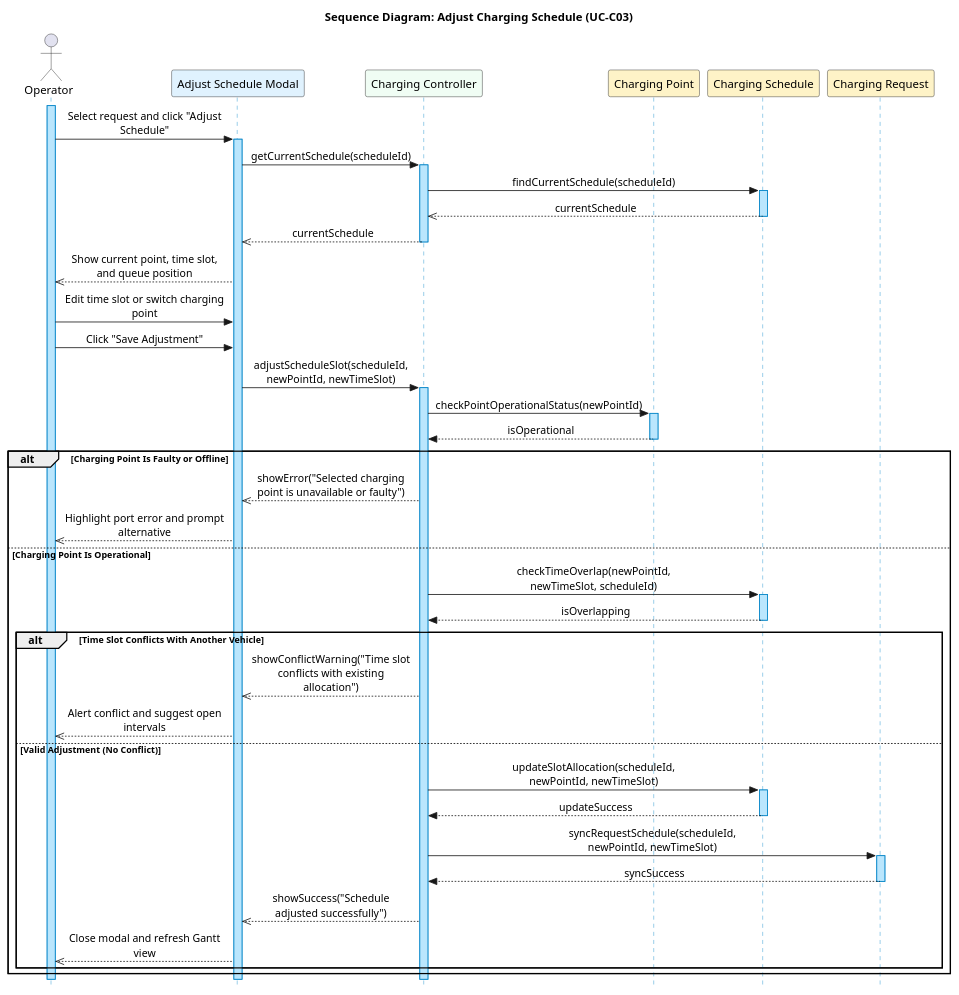
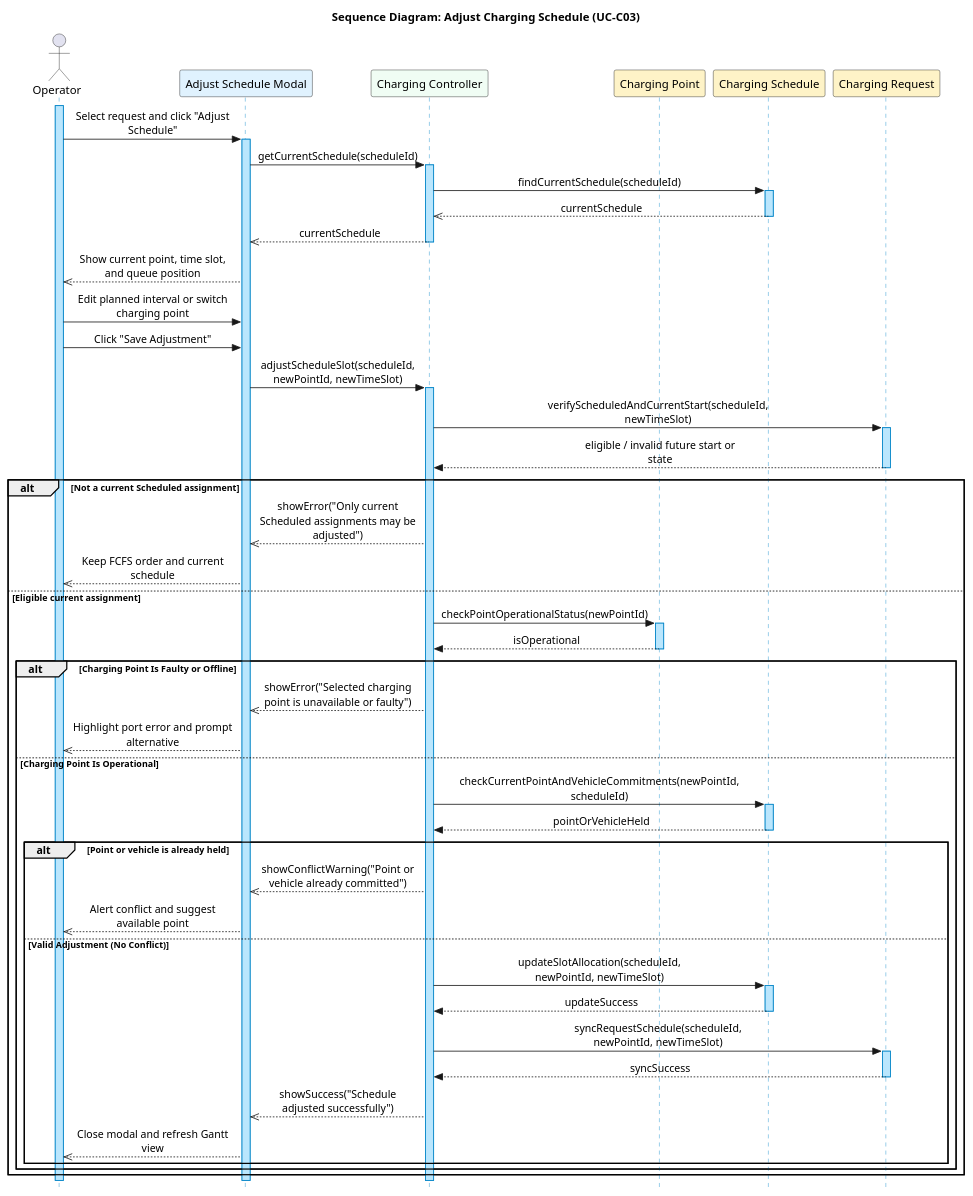
One commit to thanhpham1108/smart-e-mobility-hub changed the diagram in docs/submission-2/sequence-diagrams/smart-charging/SD_AdjustChargingSchedule.puml. Above: the diagram before and after it, drawn with PlantUML. The commit also changed 42 other files, not shown here.

First line of the commit message:
docs(submission-2): synchronize FCFS waitlist diagrams

```diff
--- a/docs/submission-2/sequence-diagrams/smart-charging/SD_AdjustChargingSchedule.puml
+++ b/docs/submission-2/sequence-diagrams/smart-charging/SD_AdjustChargingSchedule.puml
@@ -1,75 +1,86 @@
 @startuml SD_AdjustChargingSchedule
 skinparam style strictuml
 skinparam sequenceMessageAlign center
 skinparam boxPadding 10
 skinparam maxMessageSize 200
 
 skinparam sequenceLifeLineBorderColor #0284C7
 skinparam sequenceLifeLineBackgroundColor #BAE6FD
 
 title Sequence Diagram: Adjust Charging Schedule (UC-C03)
 
 actor "Operator" as Op
 participant "Adjust Schedule Modal" as UI #E0F2FE
 participant "Charging Controller" as Ctrl #F0FDF4
 participant "Charging Point" as Point #FEF3C7
 participant "Charging Schedule" as Sched #FEF3C7
 participant "Charging Request" as Req #FEF3C7
 
 activate Op
 Op -> UI : Select request and click "Adjust Schedule"
 activate UI
 
 UI -> Ctrl : getCurrentSchedule(scheduleId)
 activate Ctrl
 Ctrl -> Sched : findCurrentSchedule(scheduleId)
 activate Sched
 Sched -->> Ctrl : currentSchedule
 deactivate Sched
 Ctrl -->> UI : currentSchedule
 deactivate Ctrl
 UI -->> Op : Show current point, time slot, and queue position
 
-Op -> UI : Edit time slot or switch charging point
+Op -> UI : Edit planned interval or switch charging point
 Op -> UI : Click "Save Adjustment"
 
 UI -> Ctrl : adjustScheduleSlot(scheduleId, newPointId, newTimeSlot)
 activate Ctrl
+
+Ctrl -> Req : verifyScheduledAndCurrentStart(scheduleId, newTimeSlot)
+activate Req
+Req --> Ctrl : eligible / invalid future start or state
+deactivate Req
+
+alt Not a current Scheduled assignment
+    Ctrl -->> UI : showError("Only current Scheduled assignments may be adjusted")
+    UI -->> Op : Keep FCFS order and current schedule
+else Eligible current assignment
 
 Ctrl -> Point : checkPointOperationalStatus(newPointId)
 activate Point
 Point --> Ctrl : isOperational
 deactivate Point
 
 alt Charging Point Is Faulty or Offline
     Ctrl -->> UI : showError("Selected charging point is unavailable or faulty")
     UI -->> Op : Highlight port error and prompt alternative
 else Charging Point Is Operational
-    Ctrl -> Sched : checkTimeOverlap(newPointId, newTimeSlot, scheduleId)
+    Ctrl -> Sched : checkCurrentPointAndVehicleCommitments(newPointId, scheduleId)
     activate Sched
-    Sched --> Ctrl : isOverlapping
+    Sched --> Ctrl : pointOrVehicleHeld
     deactivate Sched
 
-    alt Time Slot Conflicts With Another Vehicle
-        Ctrl -->> UI : showConflictWarning("Time slot conflicts with existing allocation")
-        UI -->> Op : Alert conflict and suggest open intervals
+    alt Point or vehicle is already held
+        Ctrl -->> UI : showConflictWarning("Point or vehicle already committed")
+        UI -->> Op : Alert conflict and suggest available point
     else Valid Adjustment (No Conflict)
         Ctrl -> Sched : updateSlotAllocation(scheduleId, newPointId, newTimeSlot)
         activate Sched
         Sched --> Ctrl : updateSuccess
         deactivate Sched
 
         Ctrl -> Req : syncRequestSchedule(scheduleId, newPointId, newTimeSlot)
         activate Req
         Req --> Ctrl : syncSuccess
         deactivate Req
 
         Ctrl -->> UI : showSuccess("Schedule adjusted successfully")
         UI -->> Op : Close modal and refresh Gantt view
     end
 end
+end
 
 deactivate Ctrl
 deactivate UI
 deactivate Op
 @enduml
```
